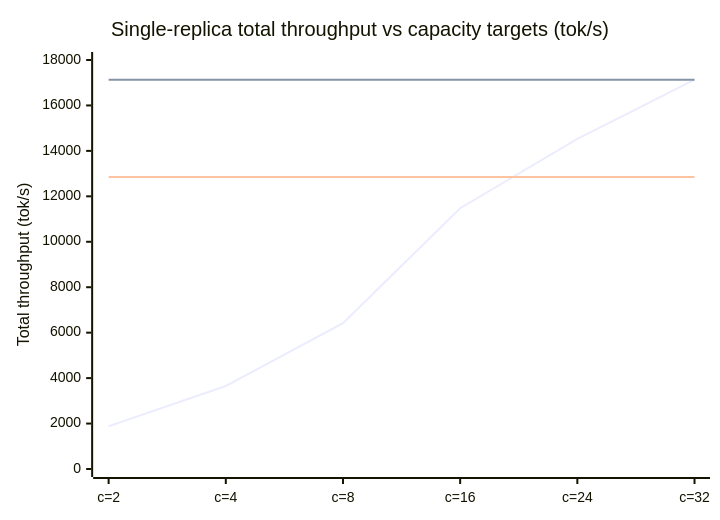
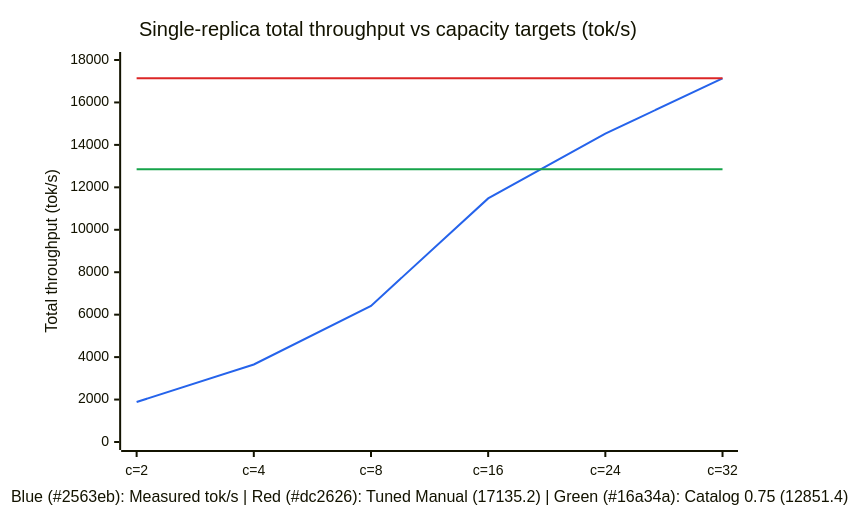
One commit to gpustack/gpustack-operator changed the fourth of 9 diagrams in docs/modules/model-deployment/scaling-benchmark.md. Above: the diagram before and after it, drawn with Mermaid. The commit also changed other lines of this file, not shown here.

Commit message:
docs(scaling): add explicit plotColorPalette and color legends to xychart-beta diagrams

````diff
--- a/docs/modules/model-deployment/scaling-benchmark.md
+++ b/docs/modules/model-deployment/scaling-benchmark.md
@@ -297,9 +300,10 @@
 ```mermaid
+%%{init: {"themeVariables": {"xyChart": {"plotColorPalette": "#2563eb, #dc2626, #16a34a"}}}}%%
 xychart-beta
     title "Single-replica total throughput vs capacity targets (tok/s)"
-    x-axis ["c=2", "c=4", "c=8", "c=16", "c=24", "c=32"]
+    x-axis "Blue (#2563eb): Measured tok/s | Red (#dc2626): Tuned Manual (17135.2) | Green (#16a34a): Catalog 0.75 (12851.4)" ["c=2", "c=4", "c=8", "c=16", "c=24", "c=32"]
     y-axis "Total throughput (tok/s)" 0 --> 18000
-    line [1882.56, 3653.261, 6414.232, 11477.608, 14527.811, 17135.159]
-    line [17135.159, 17135.159, 17135.159, 17135.159, 17135.159, 17135.159]
-    line [12851.37, 12851.37, 12851.37, 12851.37, 12851.37, 12851.37]
+    line "Measured tok/s" [1882.56, 3653.261, 6414.232, 11477.608, 14527.811, 17135.159]
+    line "Tuned Manual (17135.2)" [17135.159, 17135.159, 17135.159, 17135.159, 17135.159, 17135.159]
+    line "Catalog 0.75 (12851.4)" [12851.37, 12851.37, 12851.37, 12851.37, 12851.37, 12851.37]
 ```
````
